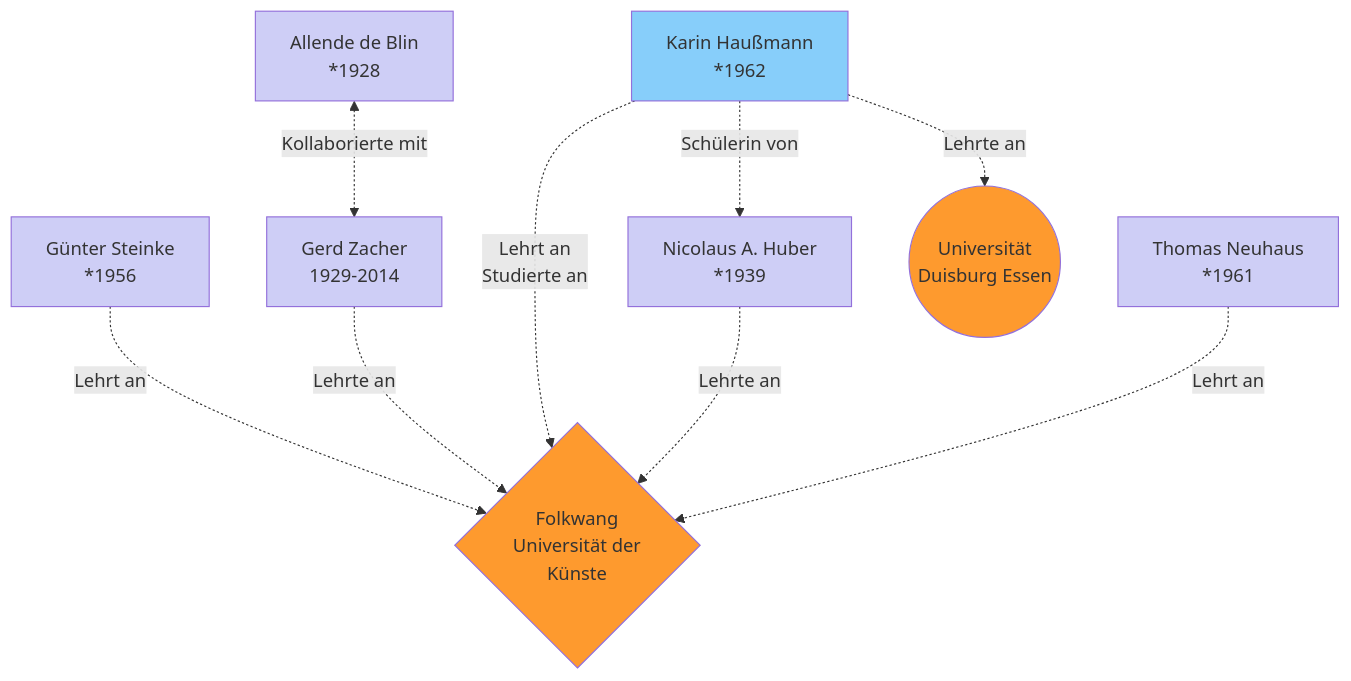
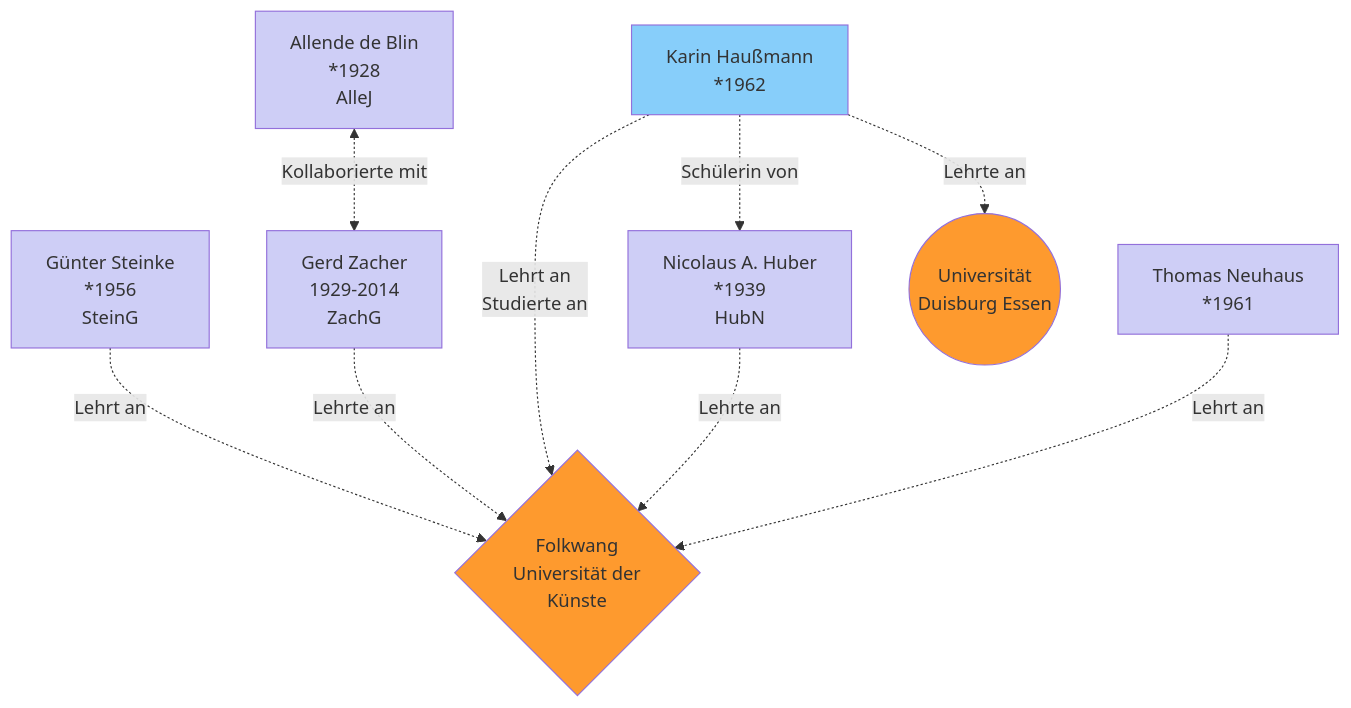
Before and after one commit to dinathelibrarian/KIR: the first of 2 diagrams in kir_v1.0.md, drawn with Mermaid.

````diff
--- a/kir_v1.0.md
+++ b/kir_v1.0.md
@@ -2,27 +2,27 @@
 ```mermaid
 flowchart TD
 classDef Werk fill:#A9F5F2;
 classDef Person_w fill:#87CEFA;
 classDef Ort fill:#A9A9F5;
 classDef Sammlung fill:#F781D8;
 classDef Person_m fill:#CECEF6;
 classDef Institution fill:#FE9A2E;
-a_de-blin[Allende de Blin<br>*1928]:::Person_m;
-g_steinke[Günter Steinke<br>*1956]:::Person_m;
+a_de-blin[Allende de Blin<br>*1928<br>AlleJ]:::Person_m;
+g_steinke[Günter Steinke<br>*1956<br>SteinG]:::Person_m;
 th_neuhaus[Thomas Neuhaus<br>*1961]:::Person_m;
-g_zacher[Gerd Zacher<br>1929-2014]:::Person_m;
+g_zacher[Gerd Zacher<br>1929-2014<br>ZachG]:::Person_m;
 k_haussmann[Karin Haußmann<br>*1962]:::Person_w;
-na_huber[Nicolaus A. Huber<br>*1939]:::Person_m;
+na_huber[Nicolaus A. Huber<br>*1939<br>HubN]:::Person_m;
 
 Folkwang{Folkwang <br>Universität der<br> Künste}:::Institution
 UDE((Universität<br>Duisburg Essen)):::Institution
 
 a_de-blin <-.->|Kollaborierte mit| g_zacher
 g_steinke -.->|Lehrt an| Folkwang
 g_zacher -.->|Lehrte an| Folkwang
 k_haussmann -.->|Lehrt an<br>Studierte an| Folkwang
 k_haussmann -.->|Lehrte an| UDE
 k_haussmann -.->|Schülerin von| na_huber
 na_huber -.->|Lehrte an| Folkwang
 th_neuhaus -.->|Lehrt an| Folkwang
 ```
````
